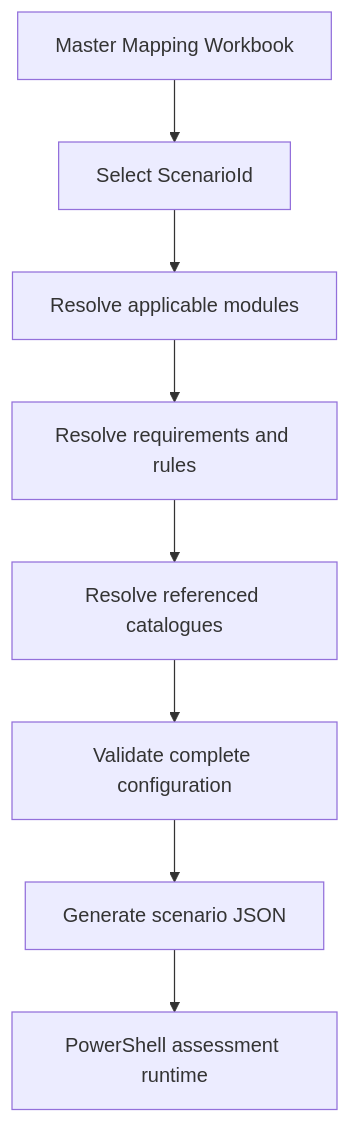
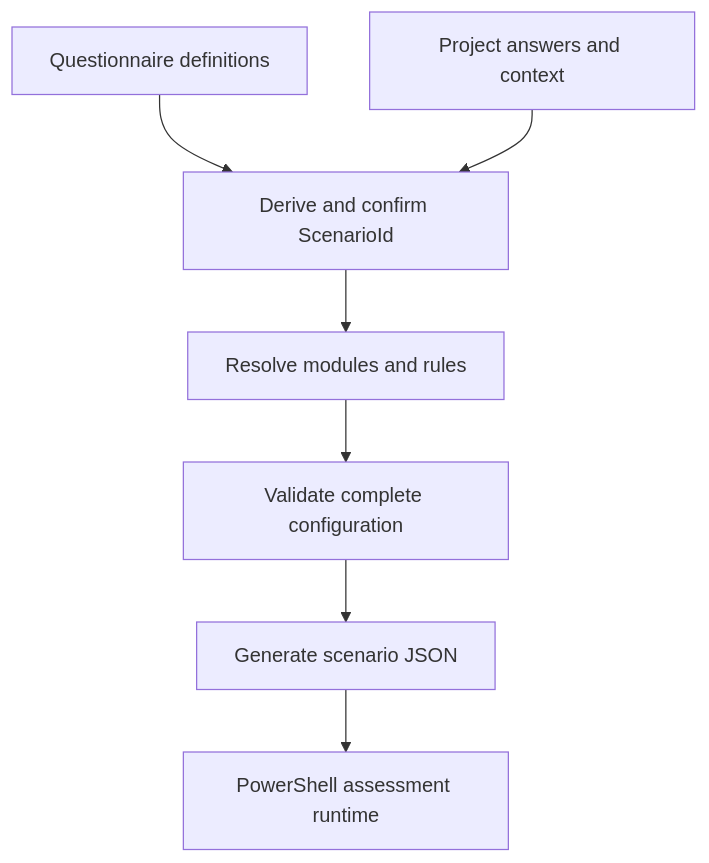
One commit to MightyM-ouse/eMAS changed the diagram in docs/configuration/01_eMAS_Mapping_Configuration_Functional_Requirements.md. Above: the diagram before and after it, drawn with Mermaid. The commit also changed other lines of this file and 7 other files, not shown here.

Commit message:
Apply approved scenario and questionnaire model

````diff
--- a/docs/configuration/01_eMAS_Mapping_Configuration_Functional_Requirements.md
+++ b/docs/configuration/01_eMAS_Mapping_Configuration_Functional_Requirements.md
@@ -67,10 +67,9 @@
 ```mermaid
 flowchart TD
-    A["Master Mapping Workbook"] --> B["Select ScenarioId"]
-    B --> C["Resolve applicable modules"]
-    C --> D["Resolve requirements and rules"]
-    D --> E["Resolve referenced catalogues"]
-    E --> F["Validate complete configuration"]
-    F --> G["Generate scenario JSON"]
-    G --> H["PowerShell assessment runtime"]
+    A["Questionnaire definitions"] --> C["Derive and confirm ScenarioId"]
+    B["Project answers and context"] --> C
+    C --> D["Resolve modules and rules"]
+    D --> E["Validate complete configuration"]
+    E --> F["Generate scenario JSON"]
+    F --> G["PowerShell assessment runtime"]
 ```
````
